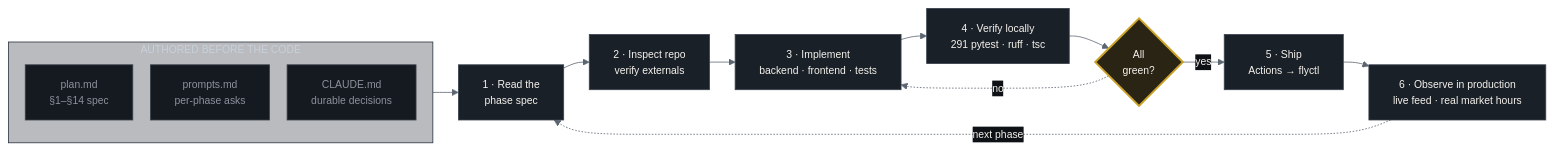
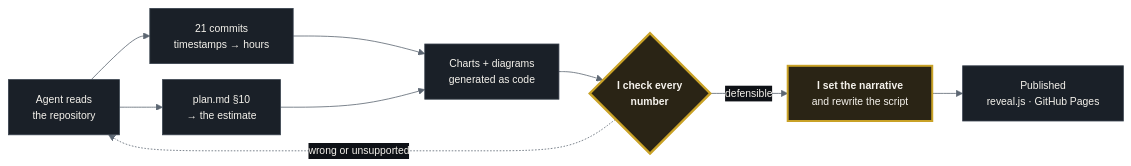
Before and after one commit to IHoKo/Quarto_Presentation: the third of 3 diagrams in ticker.qmd, drawn with Mermaid. The commit also changed other lines of this file and 1 other file, not shown here.

````diff
--- a/ticker.qmd
+++ b/ticker.qmd
@@ -813,37 +1020,30 @@
 ```{mermaid}
 %%{init: {'theme':'base',
   'fontFamily':'Instrument Sans, ui-sans-serif, system-ui, sans-serif',
-  'flowchart':{'htmlLabels':true,'useMaxWidth':true,'curve':'basis','nodeSpacing':22,'rankSpacing':32},
+  'flowchart':{'htmlLabels':true,'useMaxWidth':true,'curve':'basis','nodeSpacing':20,'rankSpacing':38},
   'themeVariables':{
   'background':'#0e1116','primaryColor':'#1a2028','primaryTextColor':'#f5f2ec',
   'primaryBorderColor':'#232a33','lineColor':'#5c6672','fontSize':'13px',
-  'clusterBkg':'rgba(26,32,40,0.3)','clusterBorder':'#2b3441',
   'edgeLabelBackground':'#0e1116'}}}%%
 flowchart LR
-  subgraph SPEC["AUTHORED BEFORE THE CODE"]
-    direction TB
-    P1["plan.md<br/>§1–§14 spec"]
-    P2["prompts.md<br/>per-phase asks"]
-    P3["CLAUDE.md<br/>durable decisions"]
-  end
+  A["Agent reads<br/>the repository"]
+  B["21 commits<br/>timestamps → hours"]
+  C["plan.md §10<br/>→ the estimate"]
+  D["Charts + diagrams<br/>generated as code"]
+  E{"<b>I check every<br/>number</b>"}
+  F["<b>I set the narrative</b><br/>and rewrite the script"]
+  G["Published<br/>reveal.js · GitHub Pages"]
 
-  S1["1 · Read the<br/>phase spec"]
-  S2["2 · Inspect repo<br/>verify externals"]
-  S3["3 · Implement<br/>backend · frontend · tests"]
-  S4["4 · Verify locally<br/>291 pytest · ruff · tsc"]
-  G{"All<br/>green?"}
-  S5["5 · Ship<br/>Actions → flyctl"]
-  S6["6 · Observe in production<br/>live feed · real market hours"]
+  A --> B --> D
+  A --> C --> D
+  D --> E
+  E -. "wrong or unsupported" .-> A
+  E -->|"defensible"| F --> G
 
-  SPEC --> S1 --> S2 --> S3 --> S4 --> G
-  G -. "no" .-> S3
-  G -->|"yes"| S5 --> S6
-  S6 -. "next phase" .-> S1
-
-  classDef spec fill:#151a21,stroke:#3a424c,color:#8b929c
-  classDef step fill:#1a2028,stroke:#39424e,color:#f5f2ec
-  classDef gate fill:#2a2415,stroke:#c9a227,stroke-width:2.5px,color:#f5f2ec
-  class P1,P2,P3 spec
-  class S1,S2,S3,S4,S5,S6 step
-  class G gate
+  classDef agent fill:#1a2028,stroke:#39424e,color:#f5f2ec
+  classDef human fill:#2a2415,stroke:#c9a227,stroke-width:2.5px,color:#f5f2ec
+  classDef gate  fill:#2a2415,stroke:#c9a227,stroke-width:3px,color:#f5f2ec
+  class A,B,C,D,G agent
+  class F human
+  class E gate
 ```
````
